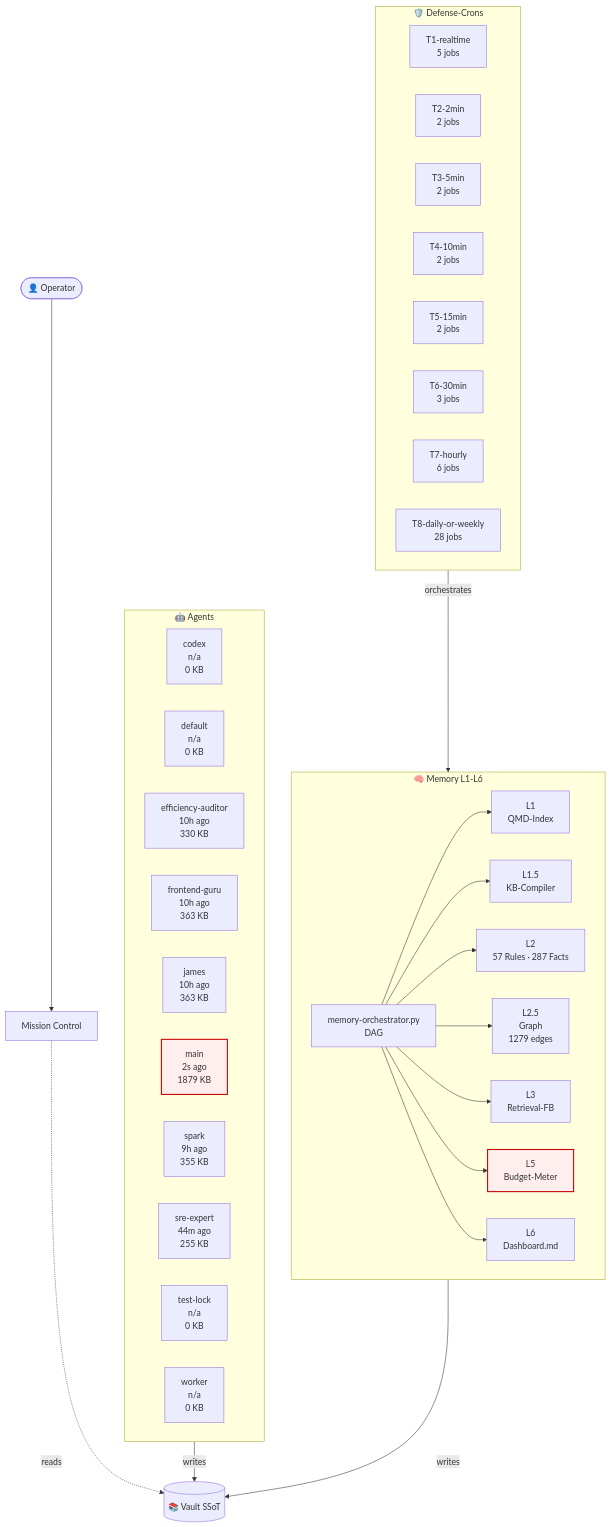
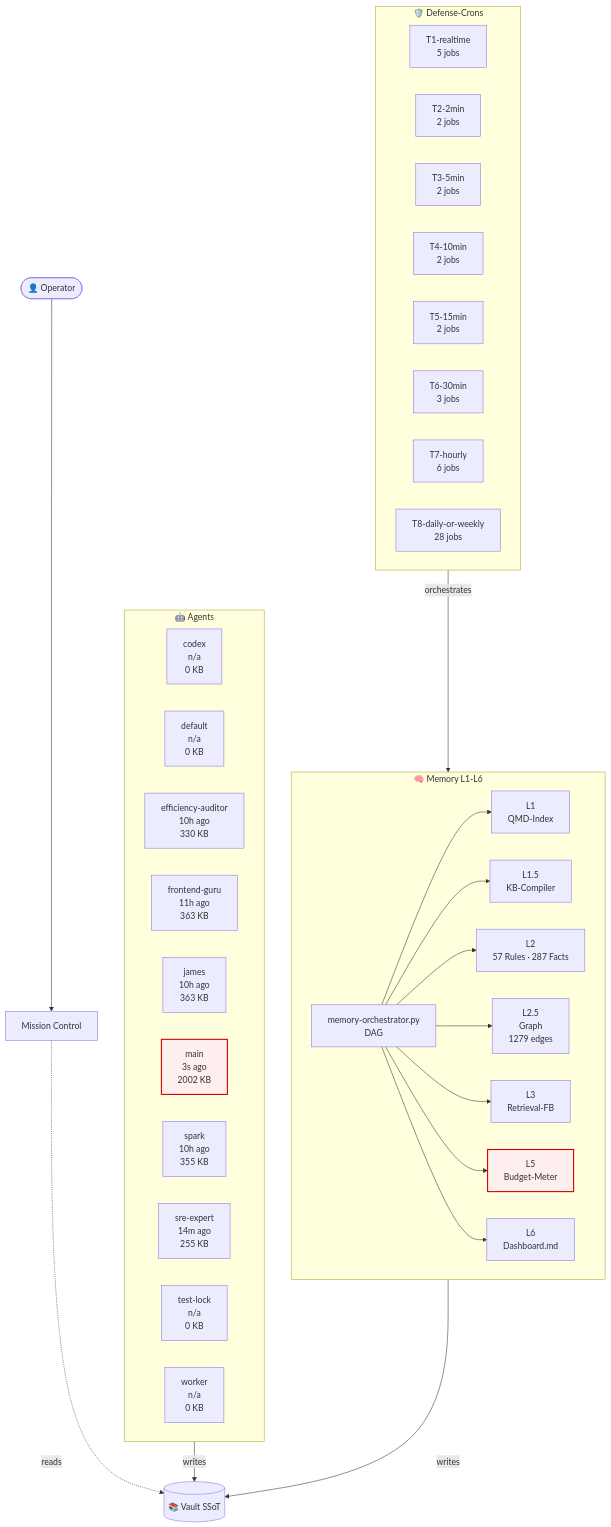
One commit to lenardhuebner88-rgb/openclaw-memory changed the diagram in 03-Agents/architecture-live.md. Above: the diagram before and after it, drawn with Mermaid. The commit also changed other lines of this file and 21 other files, not shown here.

````diff
--- a/03-Agents/architecture-live.md
+++ b/03-Agents/architecture-live.md
@@ -18,53 +18,53 @@
 ```mermaid
 flowchart TB
     classDef critical fill:#fee,stroke:#c00,stroke-width:2px;
     subgraph AGT["🤖 Agents"]
         agent_codex["codex<br/>n/a<br/>0 KB"]
         agent_default["default<br/>n/a<br/>0 KB"]
         agent_efficiency_auditor["efficiency-auditor<br/>10h ago<br/>330 KB"]
-        agent_frontend_guru["frontend-guru<br/>10h ago<br/>363 KB"]
+        agent_frontend_guru["frontend-guru<br/>11h ago<br/>363 KB"]
         agent_james["james<br/>10h ago<br/>363 KB"]
-        agent_main["main<br/>2s ago<br/>1879 KB"]
-        agent_spark["spark<br/>9h ago<br/>355 KB"]
-        agent_sre_expert["sre-expert<br/>44m ago<br/>255 KB"]
+        agent_main["main<br/>3s ago<br/>2002 KB"]
+        agent_spark["spark<br/>10h ago<br/>355 KB"]
+        agent_sre_expert["sre-expert<br/>14m ago<br/>255 KB"]
         agent_test_lock["test-lock<br/>n/a<br/>0 KB"]
         agent_worker["worker<br/>n/a<br/>0 KB"]
     end
     subgraph MEM["🧠 Memory L1-L6"]
         L1["L1<br/>QMD-Index"]
         L15["L1.5<br/>KB-Compiler"]
         L2["L2<br/>57 Rules · 287 Facts"]
         L25["L2.5<br/>Graph<br/>1279 edges"]
         L3["L3<br/>Retrieval-FB"]
         L5["L5<br/>Budget-Meter"]
         L6["L6<br/>Dashboard.md"]
         ORCH["memory-orchestrator.py<br/>DAG"]
     end
     subgraph CRN["🛡️ Defense-Crons"]
         tier_T1_realtime["T1-realtime<br/>5 jobs"]
         tier_T2_2min["T2-2min<br/>2 jobs"]
         tier_T3_5min["T3-5min<br/>2 jobs"]
         tier_T4_10min["T4-10min<br/>2 jobs"]
         tier_T5_15min["T5-15min<br/>2 jobs"]
         tier_T6_30min["T6-30min<br/>3 jobs"]
         tier_T7_hourly["T7-hourly<br/>6 jobs"]
         tier_T8_daily_or_weekly["T8-daily-or-weekly<br/>28 jobs"]
     end
     VAULT[("📚 Vault SSoT")]
     OP([👤 Operator])
     MC["Mission Control"]
     OP --> MC
     MC -.reads.-> VAULT
     AGT -->|writes| VAULT
     MEM -->|writes| VAULT
     ORCH --> L1
     ORCH --> L15
     ORCH --> L2
     ORCH --> L25
     ORCH --> L3
     ORCH --> L5
     ORCH --> L6
     CRN -->|orchestrates| MEM
     class L5 critical
     class agent_main critical
 ```
````
